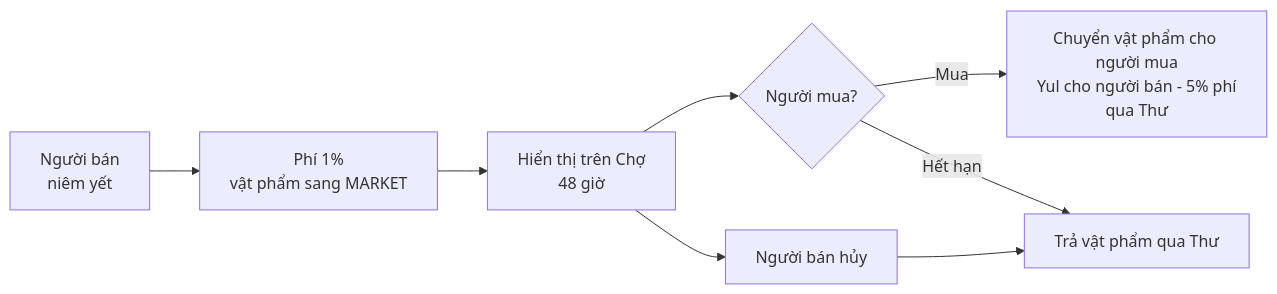
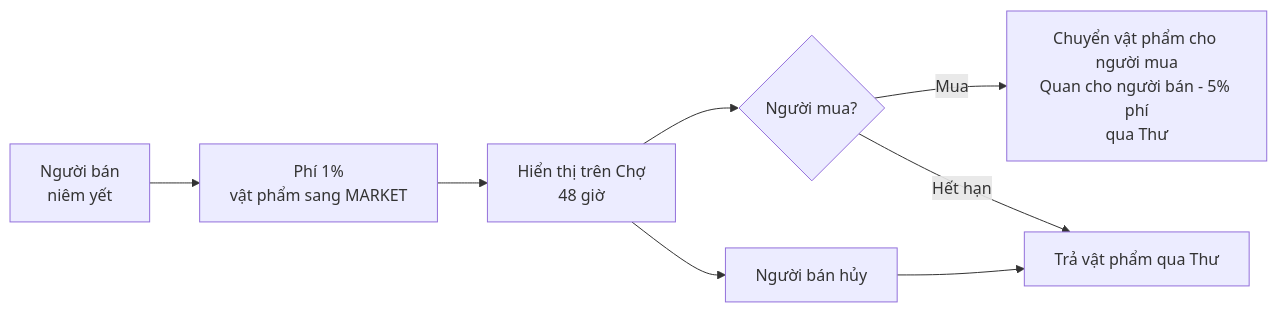
Before and after one commit to thehuygnouhk/game-2d: the ninth of 13 diagrams in docs/workflows/player-journey.md, drawn with Mermaid. The commit also changed other lines of this file and 35 other files, not shown here.

````diff
--- a/docs/workflows/player-journey.md
+++ b/docs/workflows/player-journey.md
@@ -185,10 +185,10 @@
 ```mermaid
 flowchart LR
     A["Người bán<br/>niêm yết"] --> B["Phí 1%<br/>vật phẩm sang MARKET"]
     B --> C["Hiển thị trên Chợ<br/>48 giờ"]
     C --> D{"Người mua?"}
-    D -- "Mua" --> E["Chuyển vật phẩm cho người mua<br/>Yul cho người bán - 5% phí<br/>qua Thư"]
+    D -- "Mua" --> E["Chuyển vật phẩm cho người mua<br/>Quan cho người bán - 5% phí<br/>qua Thư"]
     D -- "Hết hạn" --> F["Trả vật phẩm qua Thư"]
     C --> G["Người bán hủy"]
     G --> F
 ```
````
